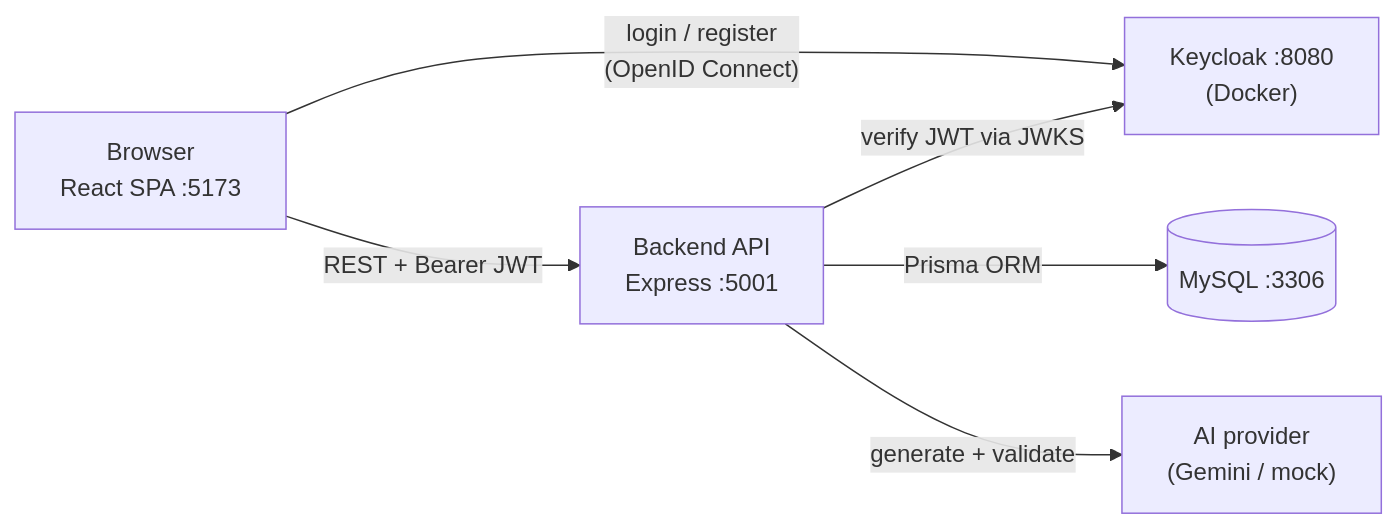
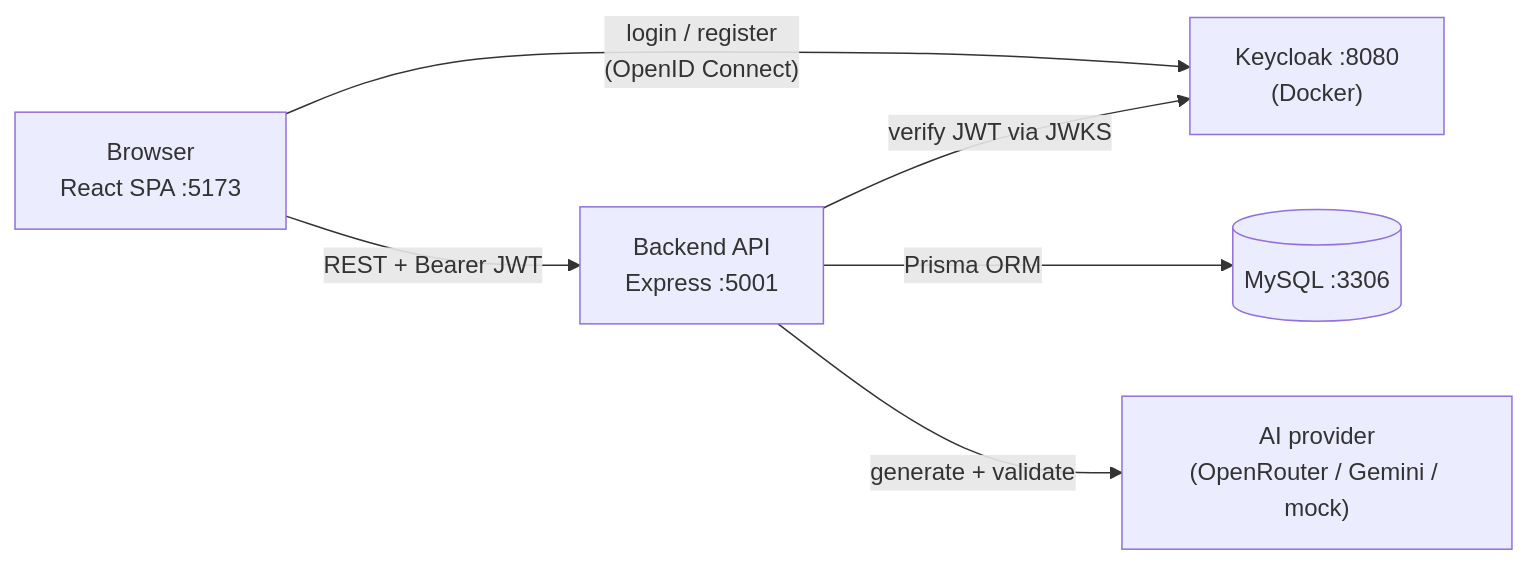
One commit to twentyvanty/AI-test-case-generator changed the first of 3 diagrams in docs/architecture.md. Above: the diagram before and after it, drawn with Mermaid. The commit also changed other lines of this file and 20 other files, not shown here.

Commit message:
add: OpenRouter provider + edit prompts + figures/diagrams

````diff
--- a/docs/architecture.md
+++ b/docs/architecture.md
@@ -9,14 +9,14 @@
 ```mermaid
 flowchart LR
     Browser["Browser<br/>React SPA :5173"]
     Keycloak["Keycloak :8080<br/>(Docker)"]
     Backend["Backend API<br/>Express :5001"]
     DB[("MySQL :3306")]
-    AI["AI provider<br/>(Gemini / mock)"]
+    AI["AI provider<br/>(OpenRouter / Gemini / mock)"]
 
     Browser -- "login / register<br/>(OpenID Connect)" --> Keycloak
     Browser -- "REST + Bearer JWT" --> Backend
     Backend -- "verify JWT via JWKS" --> Keycloak
     Backend -- "Prisma ORM" --> DB
     Backend -- "generate + validate" --> AI
 ```
````
